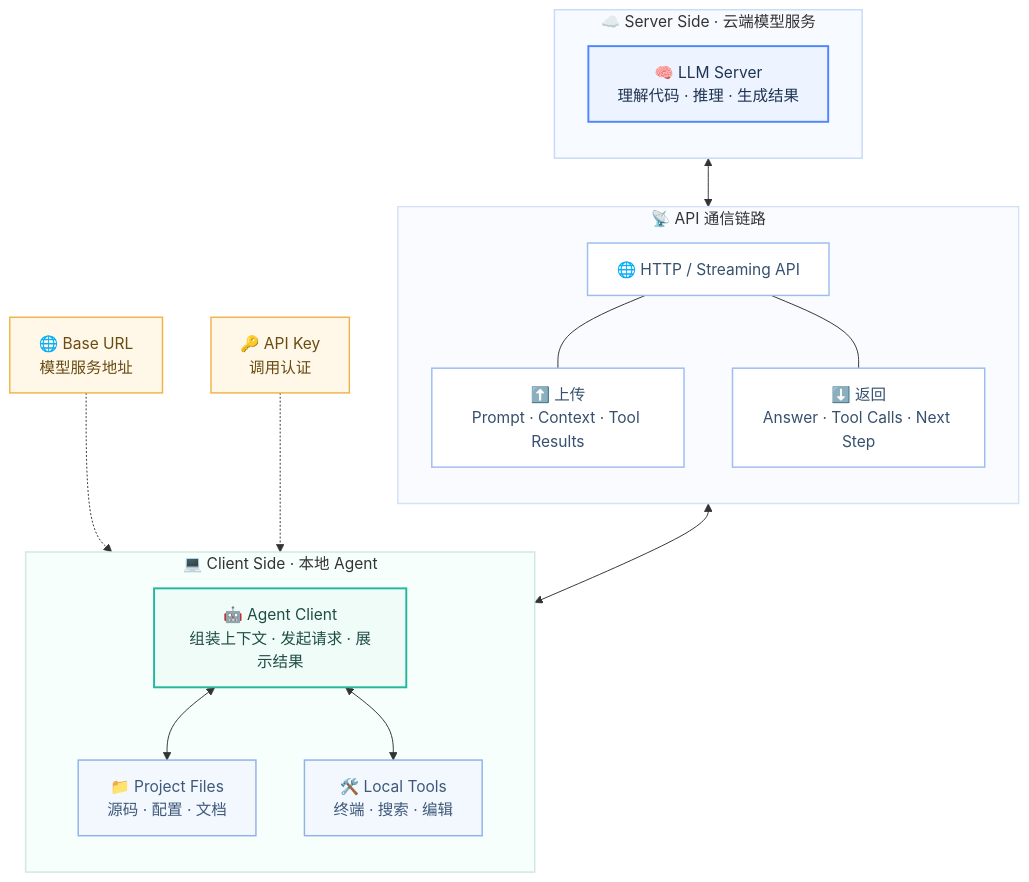
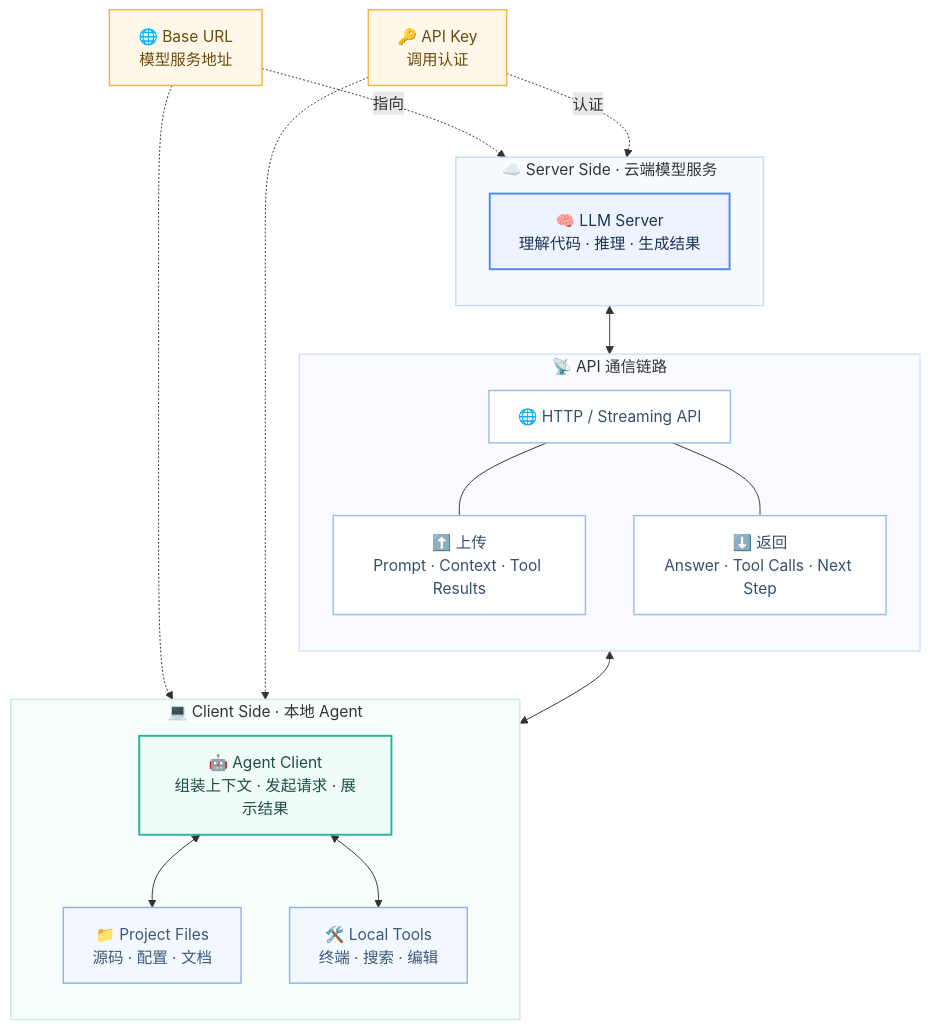
Before and after one commit to zht043/AgenticCodingTutorial: the diagram in docs/chapters/ch01-quickstart.md, drawn with Mermaid. The commit also changed other lines of this file and 19 other files, not shown here.

````diff
--- a/docs/chapters/ch01-quickstart.md
+++ b/docs/chapters/ch01-quickstart.md
@@ -38,44 +38,46 @@
 ```mermaid
 flowchart TB
     classDef server fill:#edf4ff,stroke:#4f86ff,stroke-width:2px,color:#1f3352
     classDef client fill:#effcf8,stroke:#26b69a,stroke-width:2px,color:#1f4d45
     classDef config fill:#fff8e8,stroke:#f0b44c,stroke-width:1.5px,color:#6a4b12
     classDef local fill:#f3f8ff,stroke:#8fb3e8,stroke-width:1.5px,color:#3d5878
     classDef link fill:#ffffff,stroke:#9ebcf0,stroke-width:1.5px,color:#36506e
 
     subgraph Cloud["☁️ Server Side · 云端模型服务"]
         direction TB
         LLM["🧠 LLM Server<br/>理解代码 · 推理 · 生成结果"]:::server
     end
 
     subgraph Net["📡 API 通信链路"]
         direction TB
         Link["🌐 HTTP / Streaming API"]:::link
         Req["⬆️ 上传<br/>Prompt · Context · Tool Results"]:::link
         Res["⬇️ 返回<br/>Answer · Tool Calls · Next Step"]:::link
     end
 
     subgraph Local["💻 Client Side · 本地 Agent"]
         direction TB
         Agent["🤖 Agent Client<br/>组装上下文 · 发起请求 · 展示结果"]:::client
         Files["📁 Project Files<br/>源码 · 配置 · 文档"]:::local
         Tools["🛠️ Local Tools<br/>终端 · 搜索 · 编辑"]:::local
     end
 
     BaseURL["🌐 Base URL<br/>模型服务地址"]:::config
     ApiKey["🔑 API Key<br/>调用认证"]:::config
 
     LLM <--> Link
     Link <--> Agent
     Link --- Req
     Link --- Res
 
+    BaseURL -.->|"指向"| LLM
     BaseURL -.-> Agent
+    ApiKey -.->|"认证"| LLM
     ApiKey -.-> Agent
     Agent <--> Files
     Agent <--> Tools
 
     style Cloud fill:#f7fbff,stroke:#c7daf8,stroke-width:1.5px
     style Net fill:#f9fbff,stroke:#d4e2f7,stroke-width:1.5px
     style Local fill:#f7fffc,stroke:#cfe9df,stroke-width:1.5px
 ```
````
